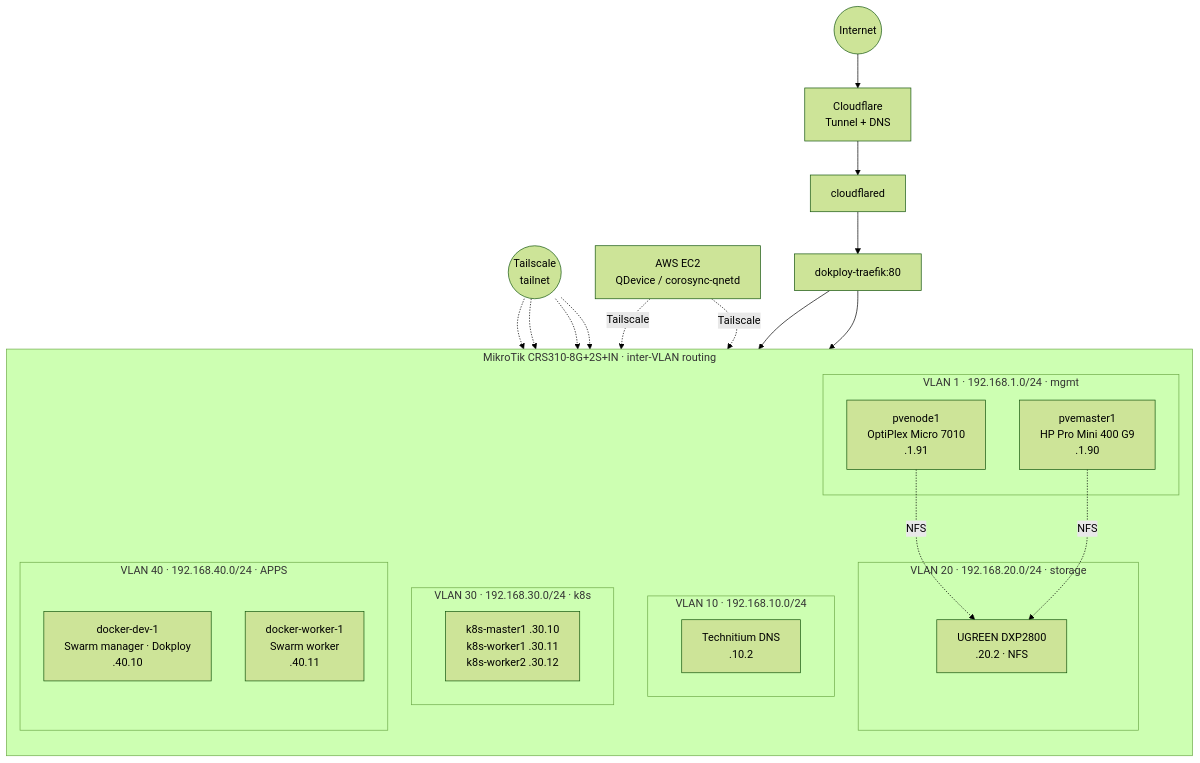
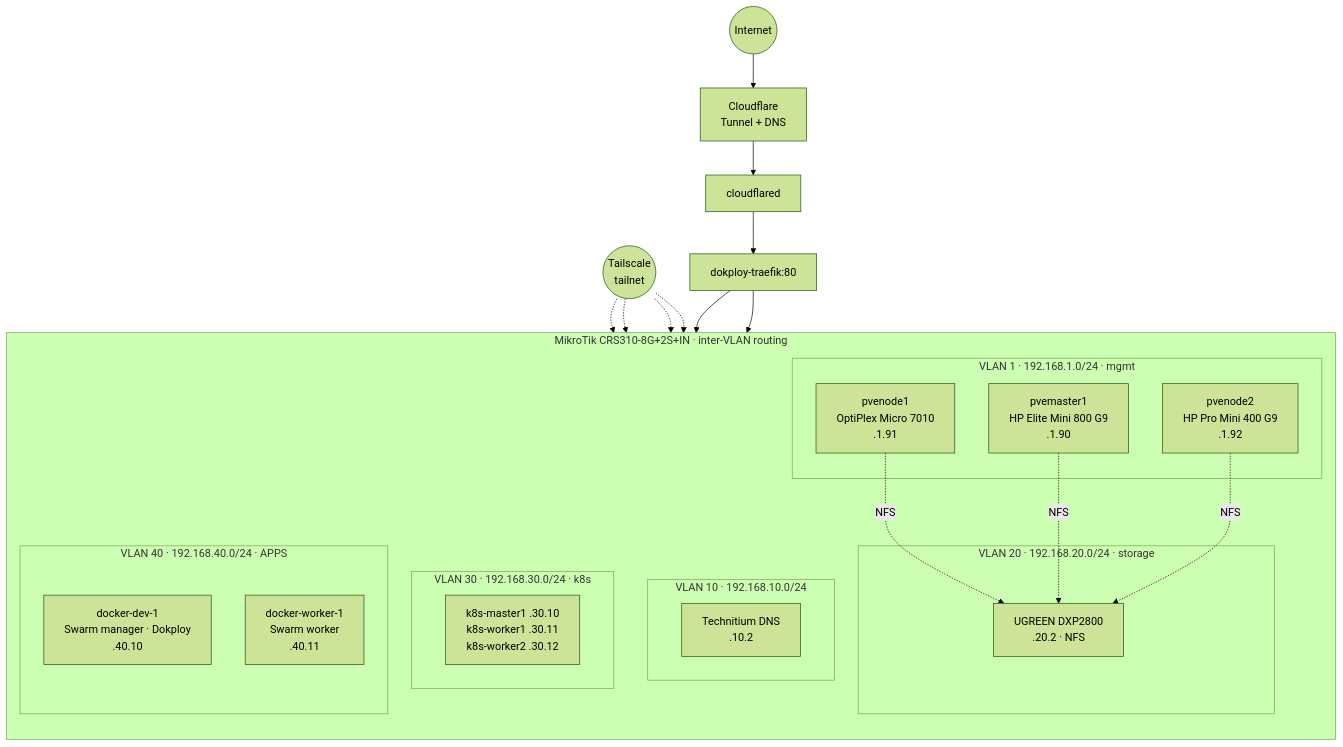
One commit to Cpinto0594/proxmox_scripts_tests changed the diagram in dokploy/compose-files/projects/homelab/docs-zensical/docs/README.md. Above: the diagram before and after it, drawn with Mermaid (forest theme). The commit also changed other lines of this file and 16 other files, not shown here.

````diff
--- a/dokploy/compose-files/projects/homelab/docs-zensical/docs/README.md
+++ b/dokploy/compose-files/projects/homelab/docs-zensical/docs/README.md
@@ -10,31 +10,31 @@
 ```mermaid
 flowchart TB
     internet((Internet)) --> cf[Cloudflare<br/>Tunnel + DNS]
     ts((Tailscale<br/>tailnet)) -.-> pve1 & pve2 & dd1 & dw1
-    ec2[AWS EC2<br/>QDevice / corosync-qnetd] -.Tailscale.-> pve1 & pve2
 
     subgraph lan[MikroTik CRS310-8G+2S+IN · inter-VLAN routing]
         direction TB
         subgraph v1[VLAN 1 · 192.168.1.0/24 · mgmt]
             pve1[pvenode1<br/>OptiPlex Micro 7010<br/>.1.91]
-            pve2[pvemaster1<br/>HP Pro Mini 400 G9<br/>.1.90]
+            pve2[pvemaster1<br/>HP Elite Mini 800 G9<br/>.1.90]
+            pve3[pvenode2<br/>HP Pro Mini 400 G9<br/>.1.92]
         end
         subgraph v10[VLAN 10 · 192.168.10.0/24]
             dns[Technitium DNS<br/>.10.2]
         end
         subgraph v20[VLAN 20 · 192.168.20.0/24 · storage]
             nas[UGREEN DXP2800<br/>.20.2 · NFS]
         end
         subgraph v30[VLAN 30 · 192.168.30.0/24 · k8s]
             k8s[k8s-master1 .30.10<br/>k8s-worker1 .30.11<br/>k8s-worker2 .30.12]
         end
         subgraph v40[VLAN 40 · 192.168.40.0/24 · APPS]
             dd1[docker-dev-1<br/>Swarm manager · Dokploy<br/>.40.10]
             dw1[docker-worker-1<br/>Swarm worker<br/>.40.11]
         end
     end
 
     cf --> cloudflared[cloudflared] --> traefik[dokploy-traefik:80]
     traefik --> dd1 & dw1
-    pve1 & pve2 -.NFS.-> nas
+    pve1 & pve2 & pve3 -.NFS.-> nas
 ```
````
